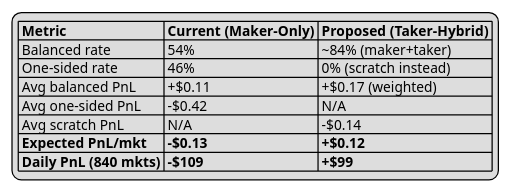
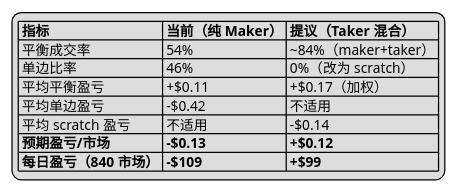
The ninth of 10 diagrams in docs/strategy-first-principles.md (jsyqrt/polymoney), drawn with PlantUML before and after one commit. The commit also changed other lines of this file, not shown here.

````diff
--- a/docs/strategy-first-principles.md
+++ b/docs/strategy-first-principles.md
@@ -776,17 +776,17 @@
 ```plantuml
 @startuml comparison
 skinparam legendFontSize 11
 
 legend
-  |= Metric |= Current (Maker-Only) |= Proposed (Taker-Hybrid) |
-  | Balanced rate | 54% | ~84% (maker+taker) |
-  | One-sided rate | 46% | 0% (scratch instead) |
-  | Avg balanced PnL | +$0.11 | +$0.17 (weighted) |
-  | Avg one-sided PnL | -$0.42 | N/A |
-  | Avg scratch PnL | N/A | -$0.14 |
-  | **Expected PnL/mkt** | **-$0.13** | **+$0.12** |
-  | **Daily PnL (840 mkts)** | **-$109** | **+$99** |
+  |= 指标 |= 当前（纯 Maker） |= 提议（Taker 混合） |
+  | 平衡成交率 | 54% | ~84%（maker+taker） |
+  | 单边比率 | 46% | 0%（改为 scratch） |
+  | 平均平衡盈亏 | +$0.11 | +$0.17（加权） |
+  | 平均单边盈亏 | -$0.42 | 不适用 |
+  | 平均 scratch 盈亏 | 不适用 | -$0.14 |
+  | **预期盈亏/市场** | **-$0.13** | **+$0.12** |
+  | **每日盈亏（840 市场）** | **-$109** | **+$99** |
 end legend
 
 @enduml
 ```
````
